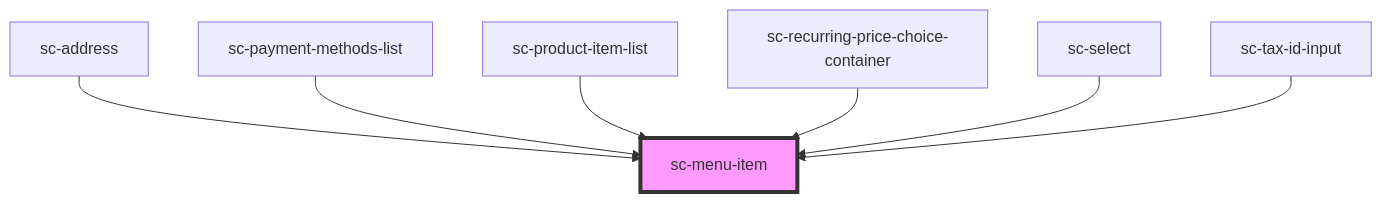
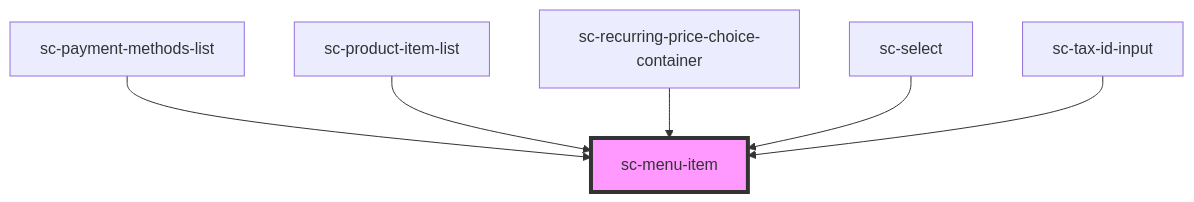
Before and after one commit to surecart/surecart-wp-plugin: the diagram in packages/components/src/components/ui/menu-item/readme.md, drawn with Mermaid. The commit also changed other lines of this file and 14 other files, not shown here.

````diff
--- a/packages/components/src/components/ui/menu-item/readme.md
+++ b/packages/components/src/components/ui/menu-item/readme.md
@@ -70,10 +69,9 @@
 ```mermaid
 graph TD;
-  sc-address --> sc-menu-item
   sc-payment-methods-list --> sc-menu-item
   sc-product-item-list --> sc-menu-item
   sc-recurring-price-choice-container --> sc-menu-item
   sc-select --> sc-menu-item
   sc-tax-id-input --> sc-menu-item
   style sc-menu-item fill:#f9f,stroke:#333,stroke-width:4px
 ```
````
